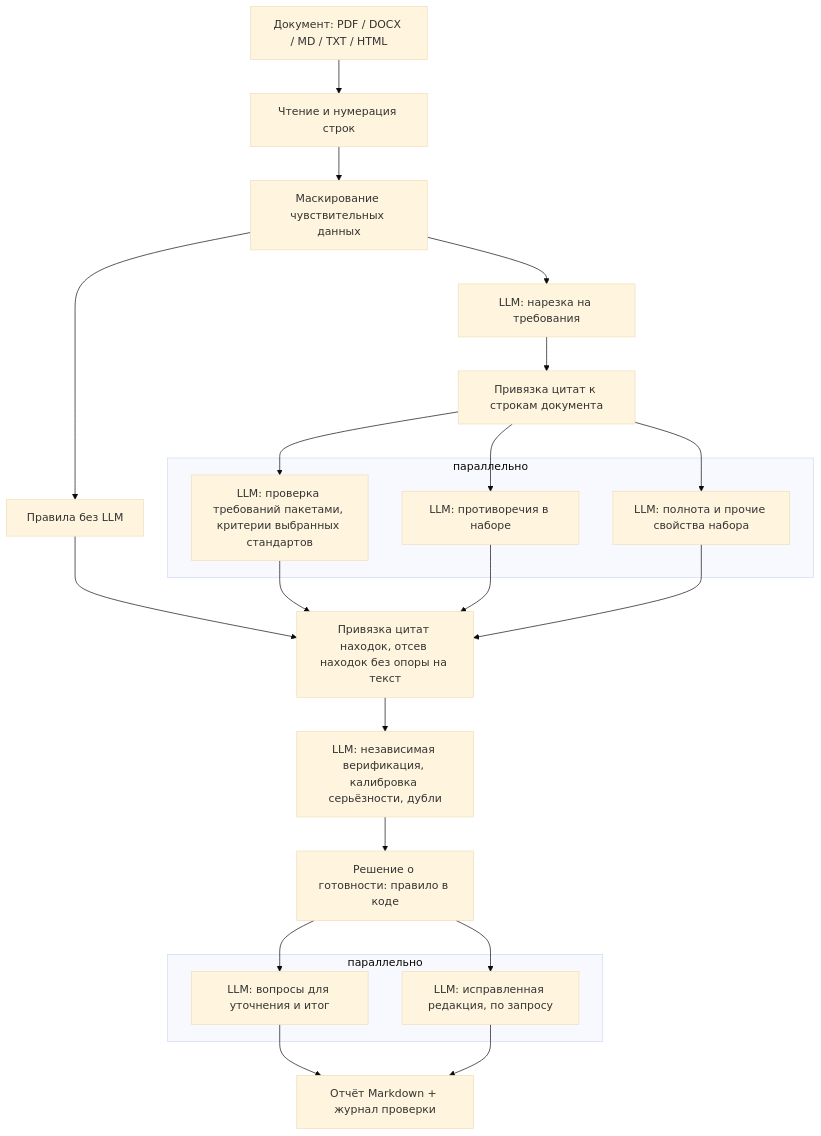
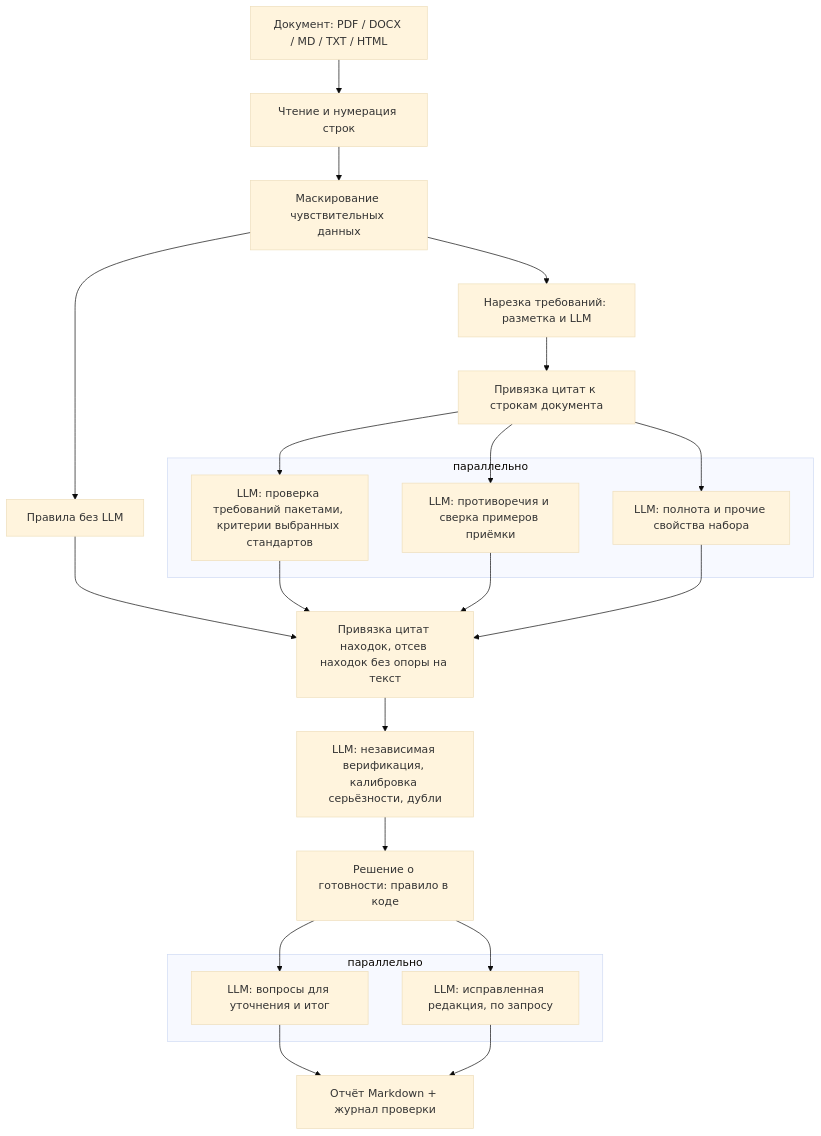
The diagram in README.md (i-oeng/bcc-ai), drawn with Mermaid (base theme) before and after one commit. The commit also changed other lines of this file and 17 other files, not shown here.

First line of the commit message:
Сверка примеров приёмки, неполная проверка видна, быстрее верификация, слияние одинаковых находок

````diff
--- a/README.md
+++ b/README.md
@@ -62,23 +62,23 @@
 ```mermaid
 flowchart TD
     A[Документ: PDF / DOCX / MD / TXT / HTML] --> B[Чтение и нумерация строк]
     B --> C[Маскирование чувствительных данных]
-    C --> D[LLM: нарезка на требования]
+    C --> D[Нарезка требований: разметка и LLM]
     D --> E[Привязка цитат к строкам документа]
     C --> F[Правила без LLM]
     subgraph P1[параллельно]
     G[LLM: проверка требований пакетами, критерии выбранных стандартов]
-    H[LLM: противоречия в наборе]
+    H[LLM: противоречия и сверка примеров приёмки]
     I[LLM: полнота и прочие свойства набора]
     end
     E --> G & H & I
     F & G & H & I --> J[Привязка цитат находок, отсев находок без опоры на текст]
     J --> K[LLM: независимая верификация, калибровка серьёзности, дубли]
     K --> M[Решение о готовности: правило в коде]
     subgraph P2[параллельно]
     L[LLM: вопросы для уточнения и итог]
     X[LLM: исправленная редакция, по запросу]
     end
     M --> L & X
     L & X --> N[Отчёт Markdown + журнал проверки]
 ```
````
